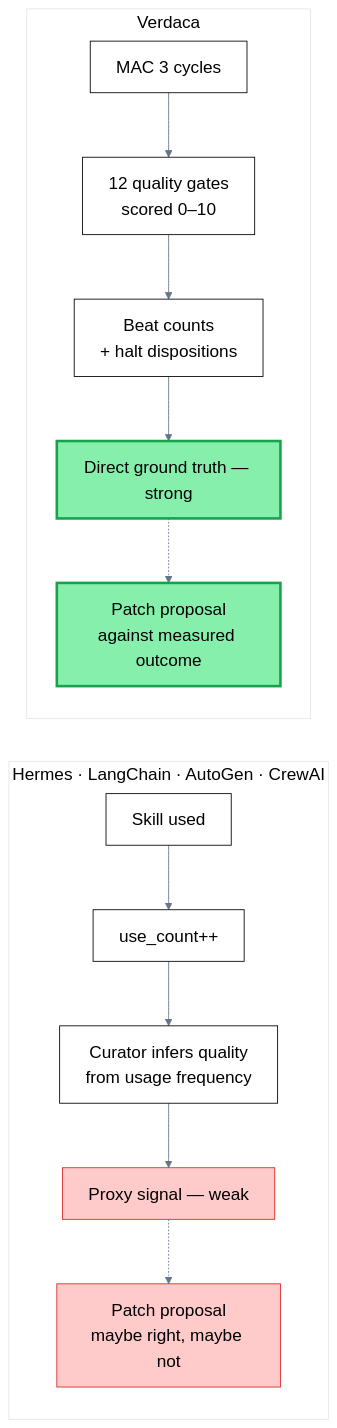
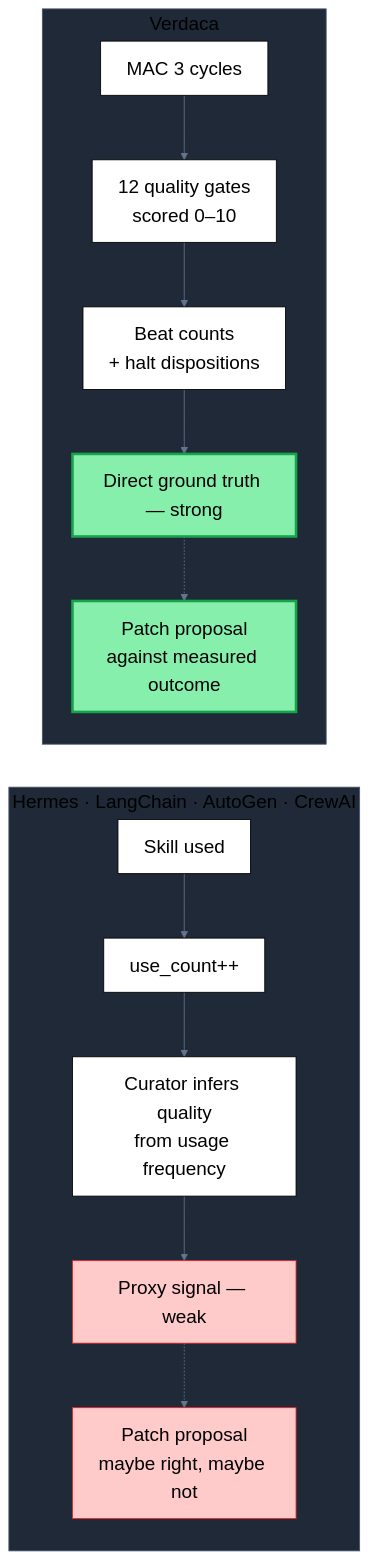
The third of 13 diagrams in docs/architecture-diagrams.md (verdaca/VERDACA), drawn with Mermaid before and after one commit. The commit also changed other lines of this file, not shown here.

First line of the commit message:
docs: force-bump font size to 22px on Diagrams 3, 6, 12 via classDef

````diff
--- a/docs/architecture-diagrams.md
+++ b/docs/architecture-diagrams.md
@@ -92,20 +92,20 @@
 ```mermaid
-%%{init: {'theme': 'base', 'themeVariables': {'fontSize': '20px', 'primaryColor': '#fff', 'primaryTextColor': '#000', 'lineColor': '#64748b', 'nodeBorder': '#000'}}}%%
+%%{init: {'theme': 'base', 'themeVariables': {'fontSize': '22px', 'primaryColor': '#fff', 'primaryTextColor': '#000', 'lineColor': '#64748b', 'nodeBorder': '#000', 'clusterBkg': '#1f2937', 'clusterBorder': '#475569'}}}%%
 flowchart LR
     subgraph COMPETITORS["Hermes · LangChain · AutoGen · CrewAI"]
         H1["Skill used"] --> H2["use_count++"]
         H2 --> H3["Curator infers quality<br/>from usage frequency"]
         H3 --> H4["Proxy signal — weak"]:::weak
         H4 -.-> H5["Patch proposal<br/>maybe right, maybe not"]:::weak
     end
 
     subgraph VERDACA["Verdaca"]
         V1["MAC 3 cycles"] --> V2["12 quality gates<br/>scored 0–10"]
         V2 --> V3["Beat counts<br/>+ halt dispositions"]
         V3 --> V4["Direct ground truth — strong"]:::strong
         V4 -.-> V5["Patch proposal<br/>against measured outcome"]:::strong
     end
 
-    classDef weak fill:#fecaca,stroke:#dc2626,stroke-width:1px,color:#000
-    classDef strong fill:#86efac,stroke:#16a34a,stroke-width:3px,color:#000
+    classDef weak fill:#fecaca,stroke:#dc2626,stroke-width:1px,color:#000,font-size:22px
+    classDef strong fill:#86efac,stroke:#16a34a,stroke-width:3px,color:#000,font-size:22px
 ```
````
